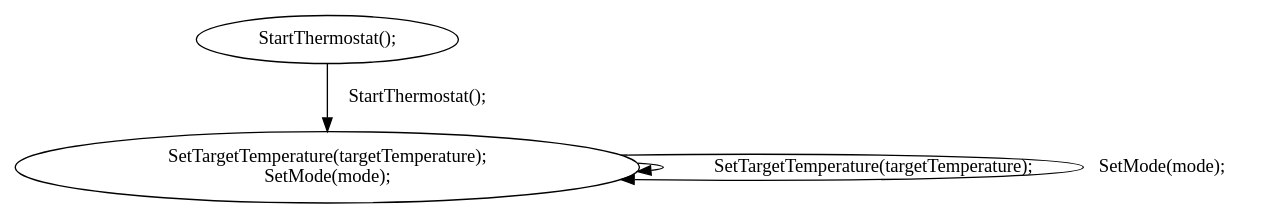
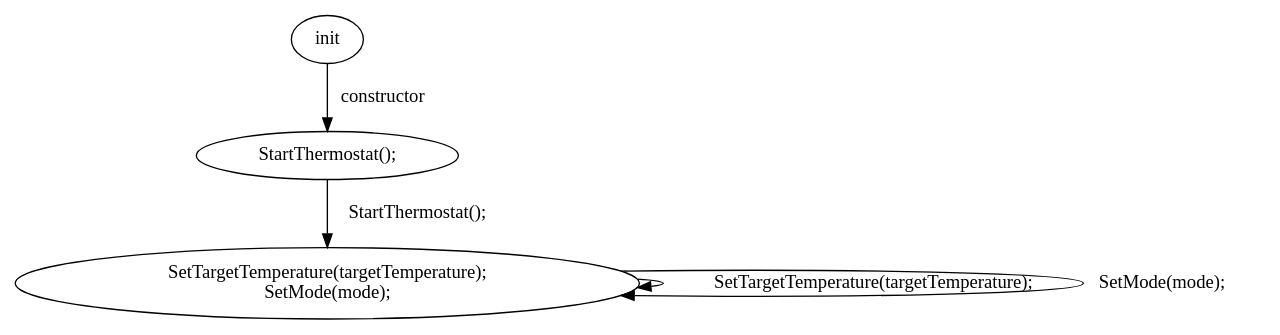
Before and after one commit to edentorres/tesis: the diagram in 2/graph/RoomThermostat.gv, drawn with Graphviz. The commit also changed 116 other files, not shown here.

```diff
--- a/2/graph/RoomThermostat.gv
+++ b/2/graph/RoomThermostat.gv
@@ -1,23 +1,27 @@
 // Prueba
 digraph {
+	init [label=init]
+	"1-0-0-" [label="StartThermostat();
+"]
+	init -> "1-0-0-" [label=constructor]
 	"1-0-0-" [label="StartThermostat();
 "]
 	"0-2-3-" [label="SetTargetTemperature(targetTemperature);
 SetMode(mode);
 "]
 	"1-0-0-" -> "0-2-3-" [label="StartThermostat();"]
 	"0-2-3-" [label="SetTargetTemperature(targetTemperature);
 SetMode(mode);
 "]
 	"0-2-3-" [label="SetTargetTemperature(targetTemperature);
 SetMode(mode);
 "]
 	"0-2-3-" -> "0-2-3-" [label="SetTargetTemperature(targetTemperature);"]
 	"0-2-3-" [label="SetTargetTemperature(targetTemperature);
 SetMode(mode);
 "]
 	"0-2-3-" [label="SetTargetTemperature(targetTemperature);
 SetMode(mode);
 "]
 	"0-2-3-" -> "0-2-3-" [label="SetMode(mode);"]
 }
```
